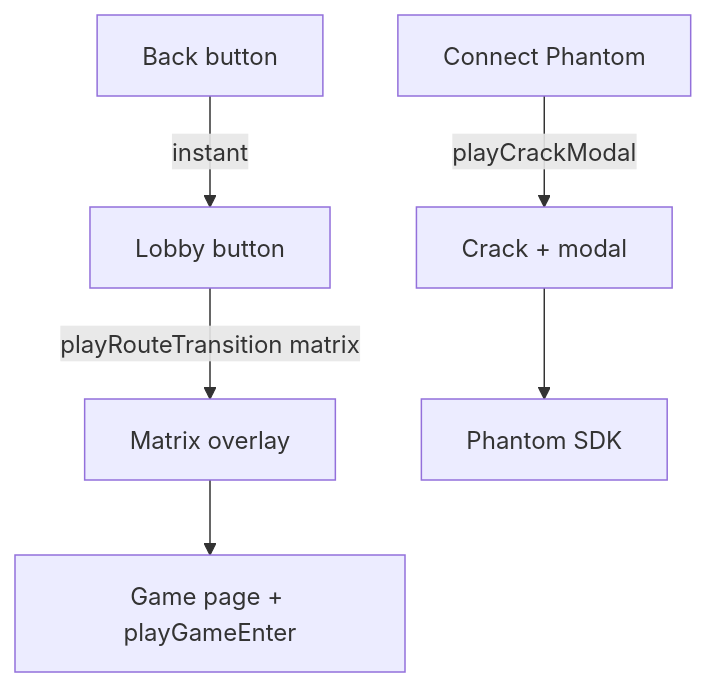
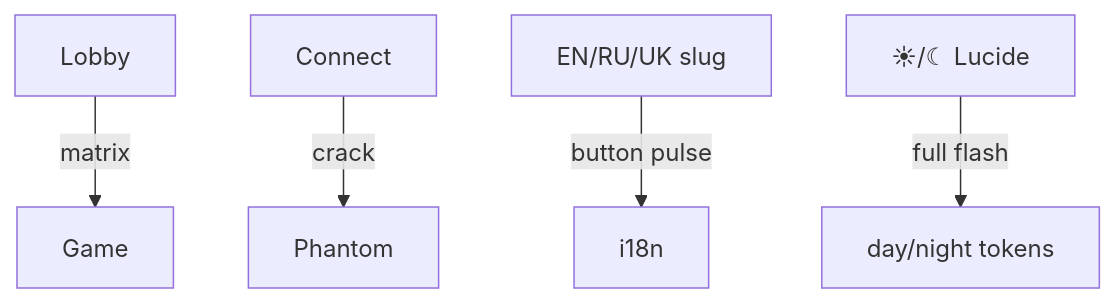
Before and after one commit to Heytany/-Vibe-Code-Challenge-Build-a-Crypto-Casino-in-a-Weekend: the diagram in iterations/02-gsap-motion-base.md, drawn with Mermaid. The commit also changed other lines of this file and 46 other files, not shown here.

````diff
--- a/iterations/02-gsap-motion-base.md
+++ b/iterations/02-gsap-motion-base.md
@@ -28,8 +32,7 @@
 ```mermaid
 flowchart TB
-    Lobby[Lobby button] -->|playRouteTransition matrix| Matrix[Matrix overlay]
-    Matrix --> Game[Game page + playGameEnter]
-    Connect[Connect Phantom] -->|playCrackModal| Crack[Crack + modal]
-    Crack --> Phantom[Phantom SDK]
-    Back[Back button] -->|instant| Lobby
+    Lobby -->|matrix| Game
+    Connect -->|crack| Phantom
+    Slug[EN/RU/UK slug] -->|button pulse| i18n
+    Theme[☀/☾ Lucide] -->|full flash| DayNight[day/night tokens]
 ```
````
